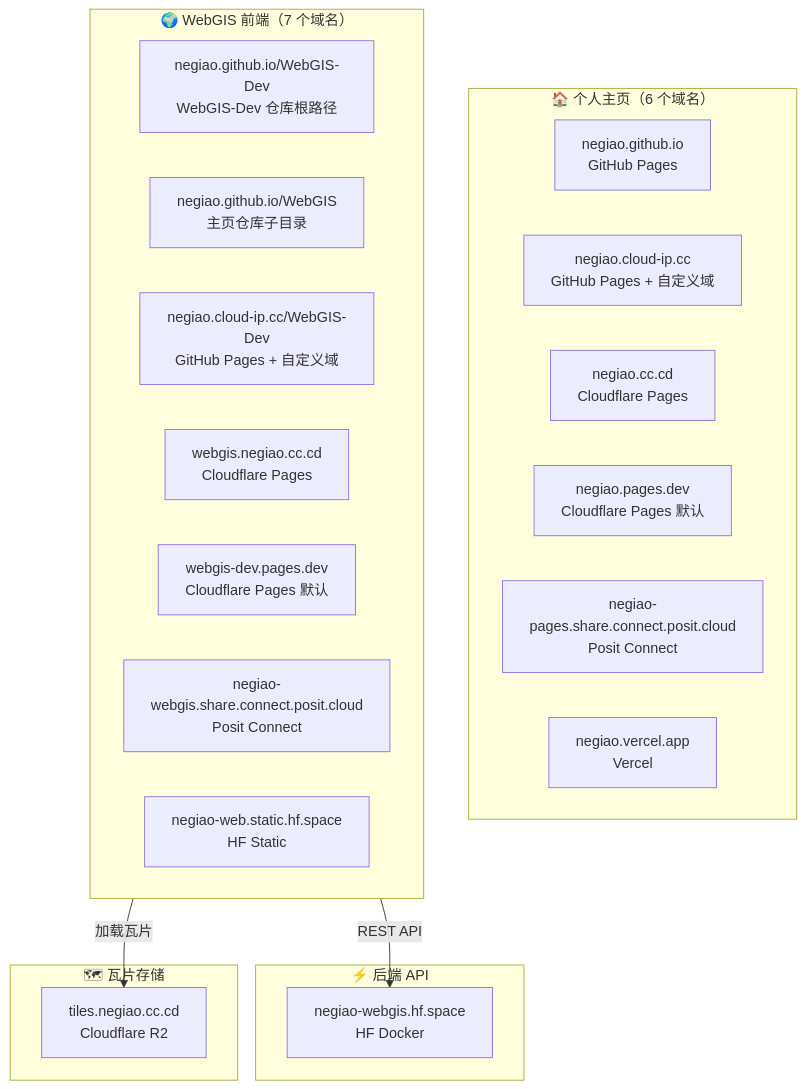
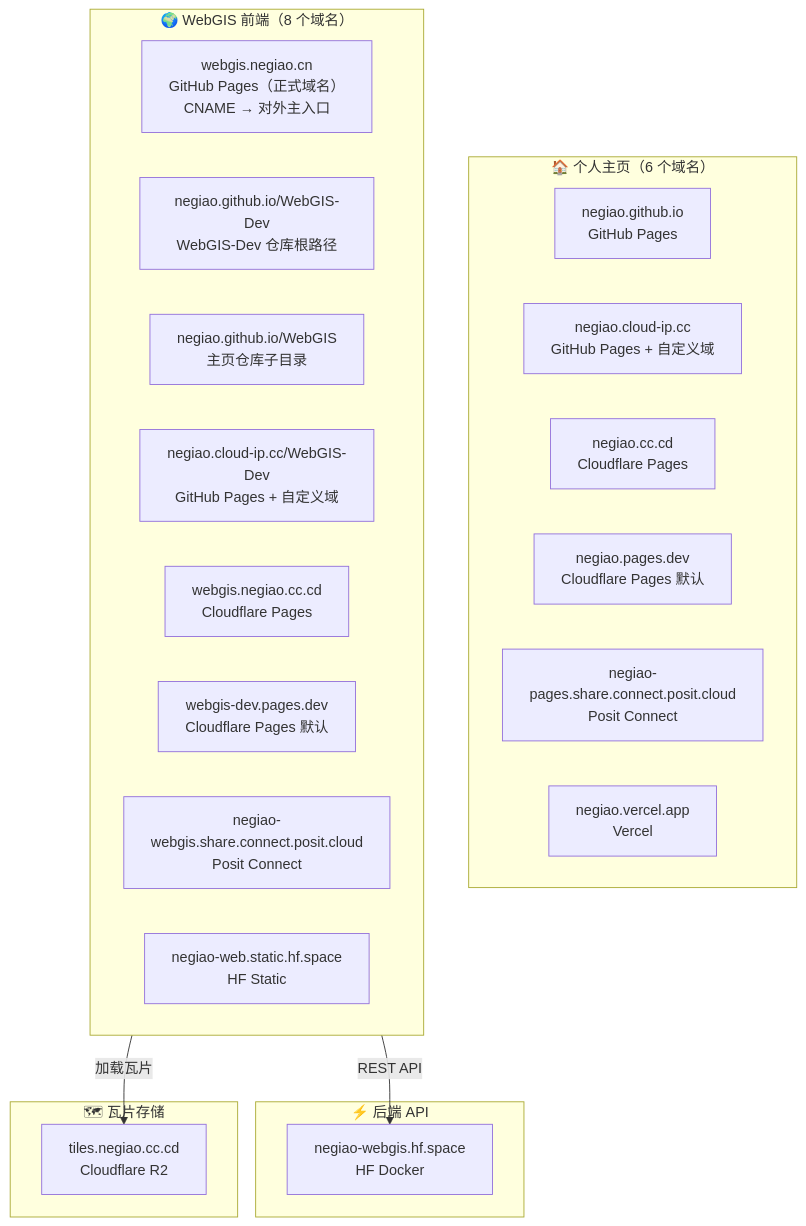
Before and after one commit to NEGIAO/WebGIS-Dev: the diagram in Docs/Architecture/deployment-relationship.md, drawn with Mermaid. The commit also changed other lines of this file and 52 other files, not shown here.

````diff
--- a/Docs/Architecture/deployment-relationship.md
+++ b/Docs/Architecture/deployment-relationship.md
@@ -10,49 +10,52 @@
 ```mermaid
 flowchart TB
     subgraph HOMEPAGE["🏠 个人主页（6 个域名）"]
         direction LR
         H_GH["negiao.github.io
 GitHub Pages"]
         H_CI["negiao.cloud-ip.cc
 GitHub Pages + 自定义域"]
         H_CF["negiao.cc.cd
 Cloudflare Pages"]
         H_PD["negiao.pages.dev
 Cloudflare Pages 默认"]
         H_PC["negiao-pages.share.connect.posit.cloud
 Posit Connect"]
         H_VC["negiao.vercel.app
 Vercel"]
     end
 
-    subgraph WEBGIS["🌍 WebGIS 前端（7 个域名）"]
+    subgraph WEBGIS["🌍 WebGIS 前端（8 个域名）"]
         direction LR
+        W_CN["webgis.negiao.cn
+GitHub Pages（正式域名）
+CNAME → 对外主入口"]
         W_GH1["negiao.github.io/WebGIS-Dev
 WebGIS-Dev 仓库根路径"]
         W_GH2["negiao.github.io/WebGIS
 主页仓库子目录"]
         W_CI["negiao.cloud-ip.cc/WebGIS-Dev
 GitHub Pages + 自定义域"]
         W_CF["webgis.negiao.cc.cd
 Cloudflare Pages"]
         W_PD["webgis-dev.pages.dev
 Cloudflare Pages 默认"]
         W_PC["negiao-webgis.share.connect.posit.cloud
 Posit Connect"]
         W_HF["negiao-web.static.hf.space
 HF Static"]
     end
 
     subgraph BACKEND["⚡ 后端 API"]
         API["negiao-webgis.hf.space
 HF Docker"]
     end
 
     subgraph STORE["🗺 瓦片存储"]
         R2["tiles.negiao.cc.cd
 Cloudflare R2"]
     end
 
     WEBGIS -->|"REST API"| API
     WEBGIS -->|"加载瓦片"| R2
 ```
````
